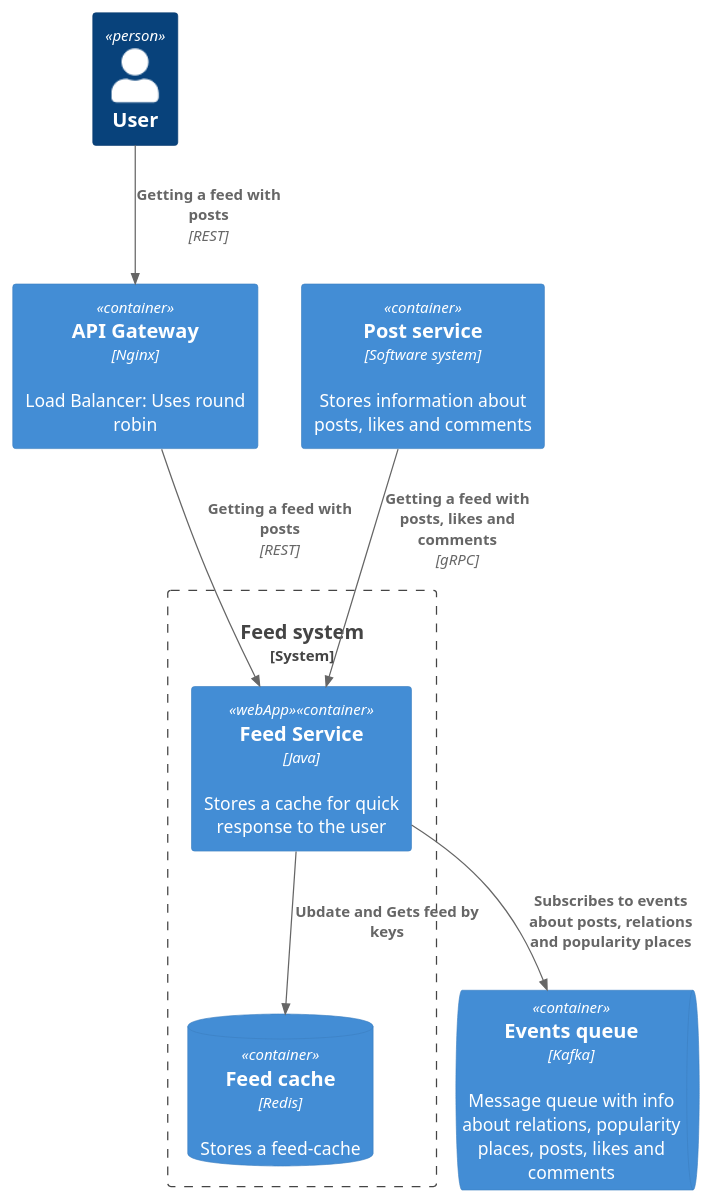
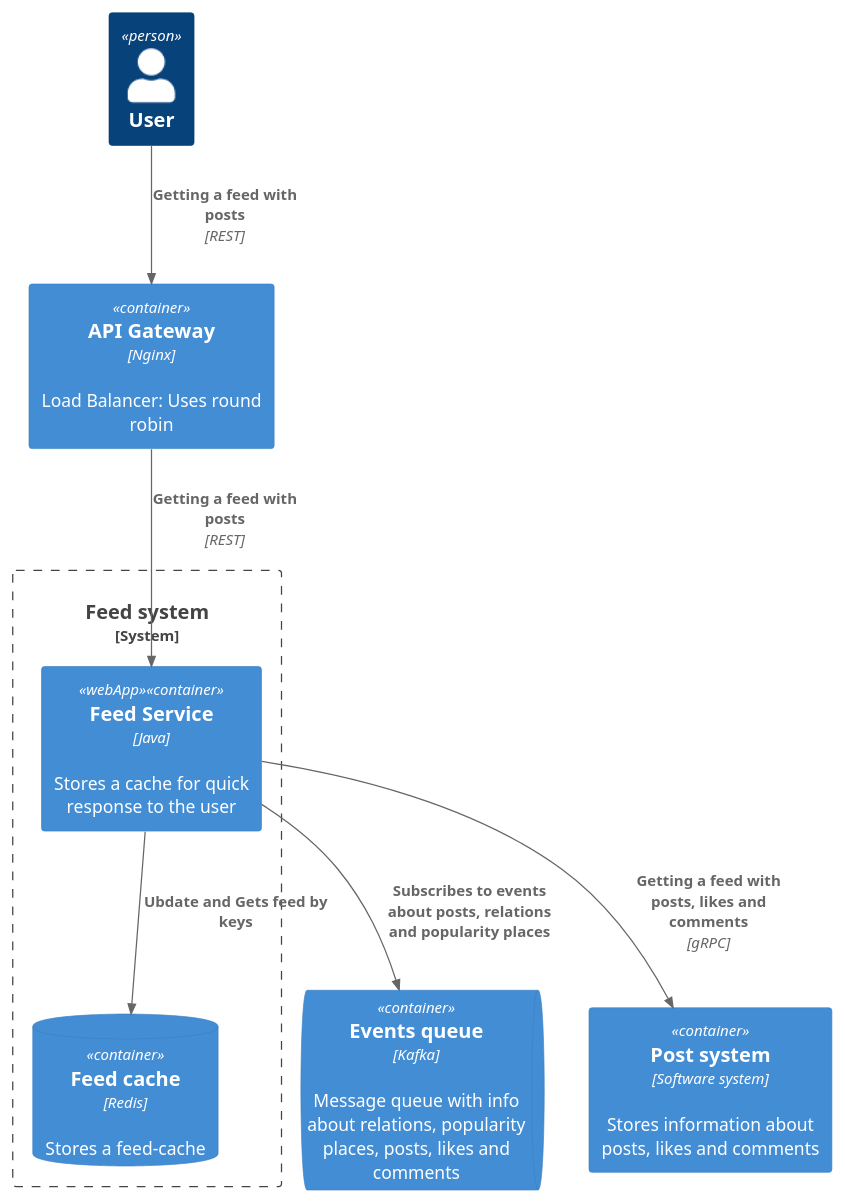
Before and after one commit to eliseevdry/social_network_system_design: the diagram in architecture/feed_service/container.puml, drawn with PlantUML. The commit also changed 5 other files, not shown here.

```diff
--- a/architecture/feed_service/container.puml
+++ b/architecture/feed_service/container.puml
@@ -1,20 +1,20 @@
 @startuml
 !include https://raw.githubusercontent.com/plantuml-stdlib/C4-PlantUML/master/C4_Container.puml
 
 Person(user, "User")
 Container(apiGateway, "API Gateway", "Nginx", "Load Balancer: Uses round robin")
 ContainerQueue(messageQueue, "Events queue", "Kafka", "Message queue with info about relations, popularity places, posts, likes and comments")
-Container(postService, "Post service", "Software system", "Stores information about posts, likes and comments")
+Container(postSystem, "Post system", "Software system", "Stores information about posts, likes and comments")
 
 System_Boundary(feedSystem, "Feed system") {
     Container(feedService, "Feed Service", "Java", "Stores a cache for quick response to the user", $tags="webApp")
     ContainerDb(feedCache, "Feed cache", "Redis", "Stores a feed-cache")
 }
 
 Rel(user, apiGateway, "Getting a feed with posts", "REST")
 Rel(apiGateway, feedService, "Getting a feed with posts", "REST")
-Rel(postService, feedService, "Getting a feed with posts, likes and comments", "gRPC")
+Rel(feedService, postSystem, "Getting a feed with posts, likes and comments", "gRPC")
 
 Rel(feedService, feedCache, "Ubdate and Gets feed by keys")
 Rel(feedService, messageQueue, "Subscribes to events about posts, relations and popularity places")
 @enduml
```
